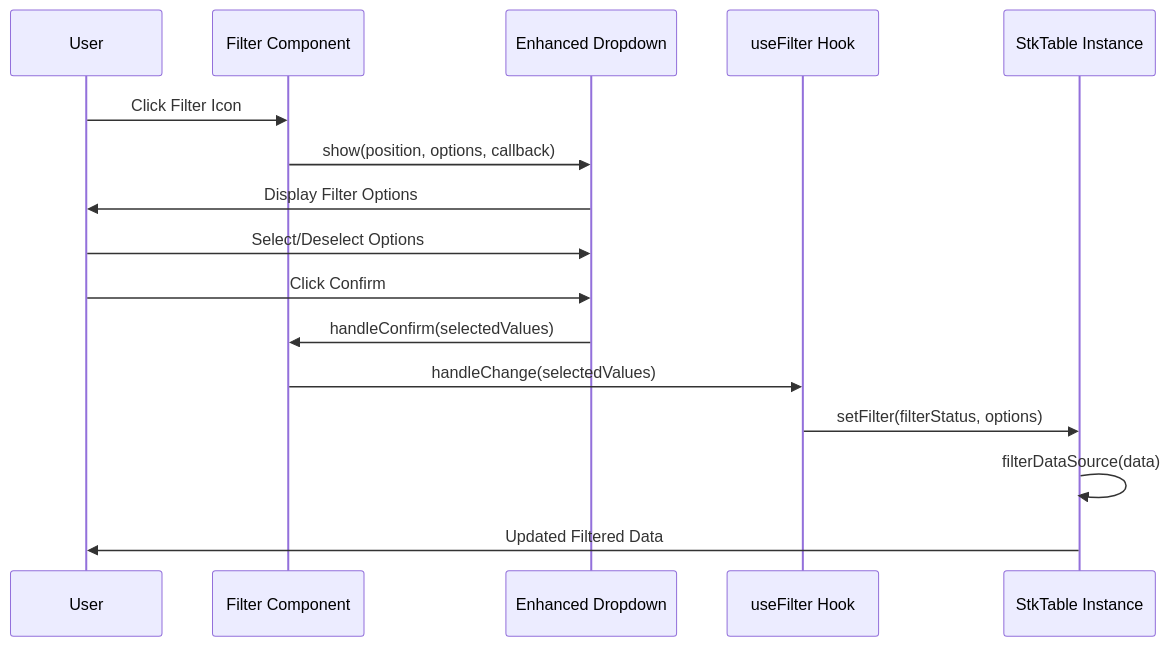
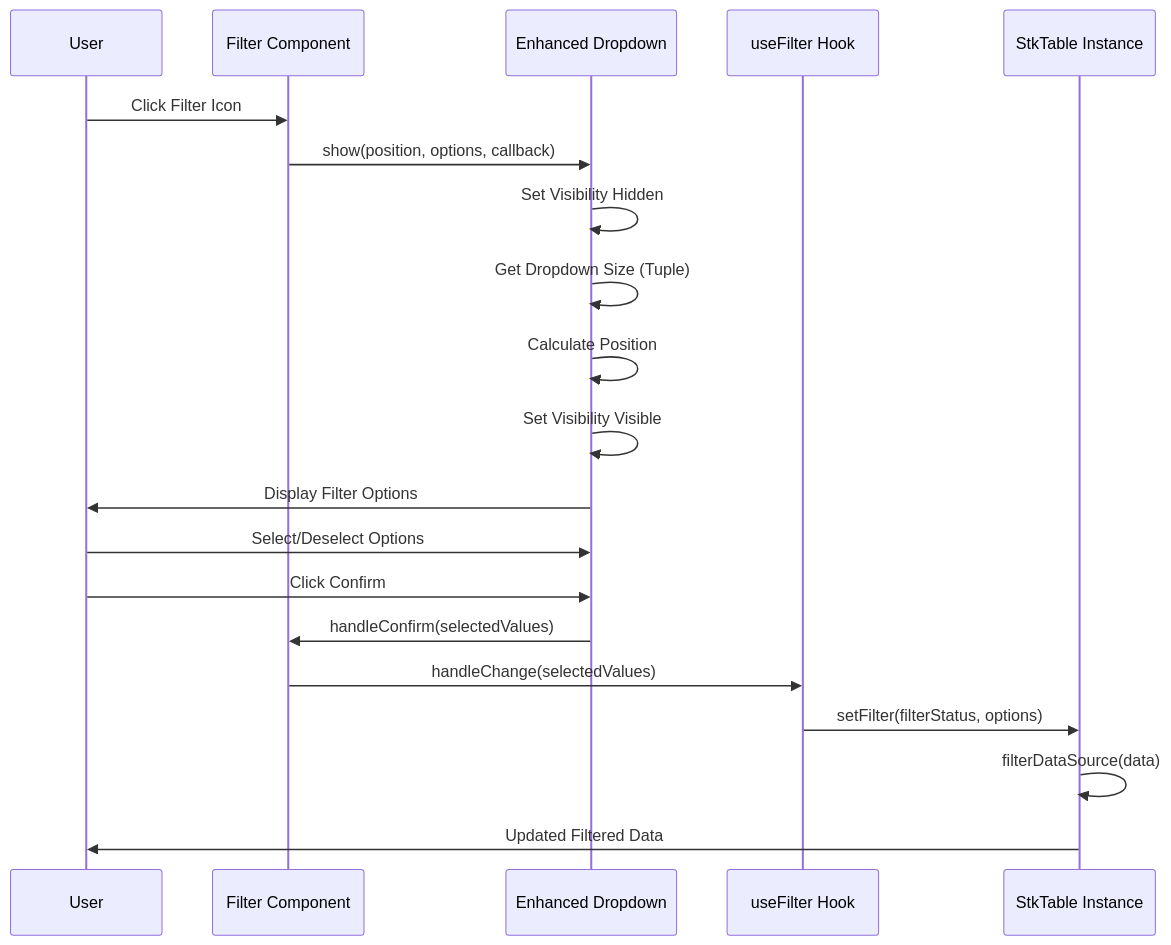
The eighth of 9 diagrams in .qoder/repowiki/en/content/Basic Features/Filter System.md (ja-plus/stk-table-vue), drawn with Mermaid before and after one commit. The commit also changed other lines of this file and 2 other files, not shown here.

````diff
--- a/.qoder/repowiki/en/content/Basic Features/Filter System.md
+++ b/.qoder/repowiki/en/content/Basic Features/Filter System.md
@@ -300,18 +319,22 @@
 ```mermaid
 sequenceDiagram
 participant User as User
 participant FilterUI as Filter Component
 participant Dropdown as Enhanced Dropdown
 participant Hook as useFilter Hook
 participant StkTable as StkTable Instance
 User->>FilterUI : Click Filter Icon
 FilterUI->>Dropdown : show(position, options, callback)
+Dropdown->>Dropdown : Set Visibility Hidden
+Dropdown->>Dropdown : Get Dropdown Size (Tuple)
+Dropdown->>Dropdown : Calculate Position
+Dropdown->>Dropdown : Set Visibility Visible
 Dropdown->>User : Display Filter Options
 User->>Dropdown : Select/Deselect Options
 User->>Dropdown : Click Confirm
 Dropdown->>FilterUI : handleConfirm(selectedValues)
 FilterUI->>Hook : handleChange(selectedValues)
 Hook->>StkTable : setFilter(filterStatus, options)
 StkTable->>StkTable : filterDataSource(data)
 StkTable->>User : Updated Filtered Data
 ```
````
